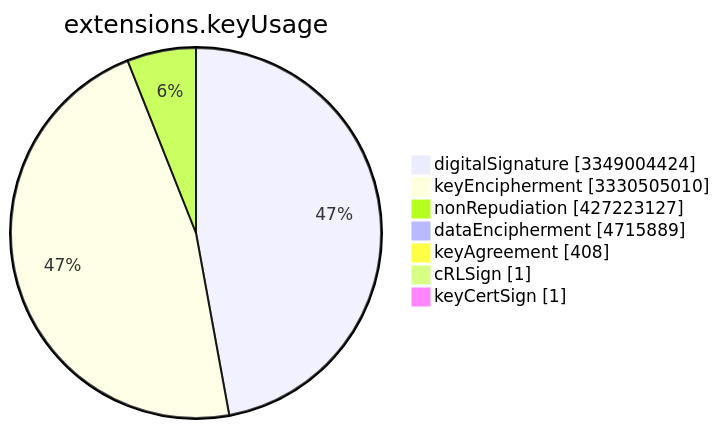
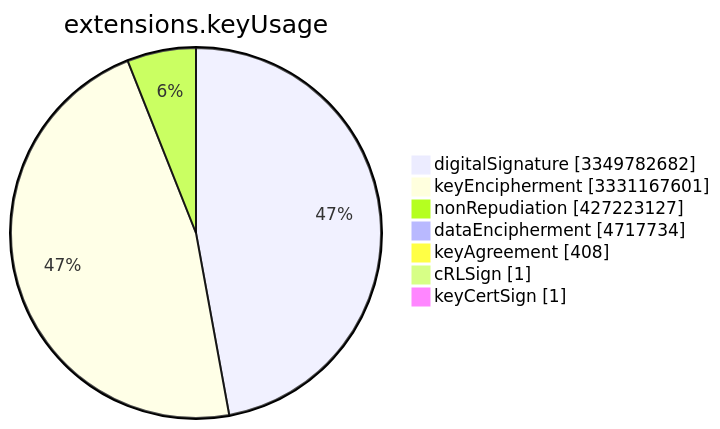
Before and after one commit to christiankrug/ctmonitor_visualization: the sixth of 15 diagrams in TOTAL/README.md, drawn with Mermaid. The commit also changed other lines of this file, not shown here.

````diff
--- a/TOTAL/README.md
+++ b/TOTAL/README.md
@@ -3079,11 +3079,11 @@
 ```mermaid
 pie showData
 title extensions.keyUsage
-"digitalSignature" :3349004424
-"keyEncipherment" :3330505010
+"digitalSignature" :3349782682
+"keyEncipherment" :3331167601
 "nonRepudiation" :427223127
-"dataEncipherment" :4715889
+"dataEncipherment" :4717734
 "keyAgreement" :408
 "cRLSign" :1
 "keyCertSign" :1
 ```
````
